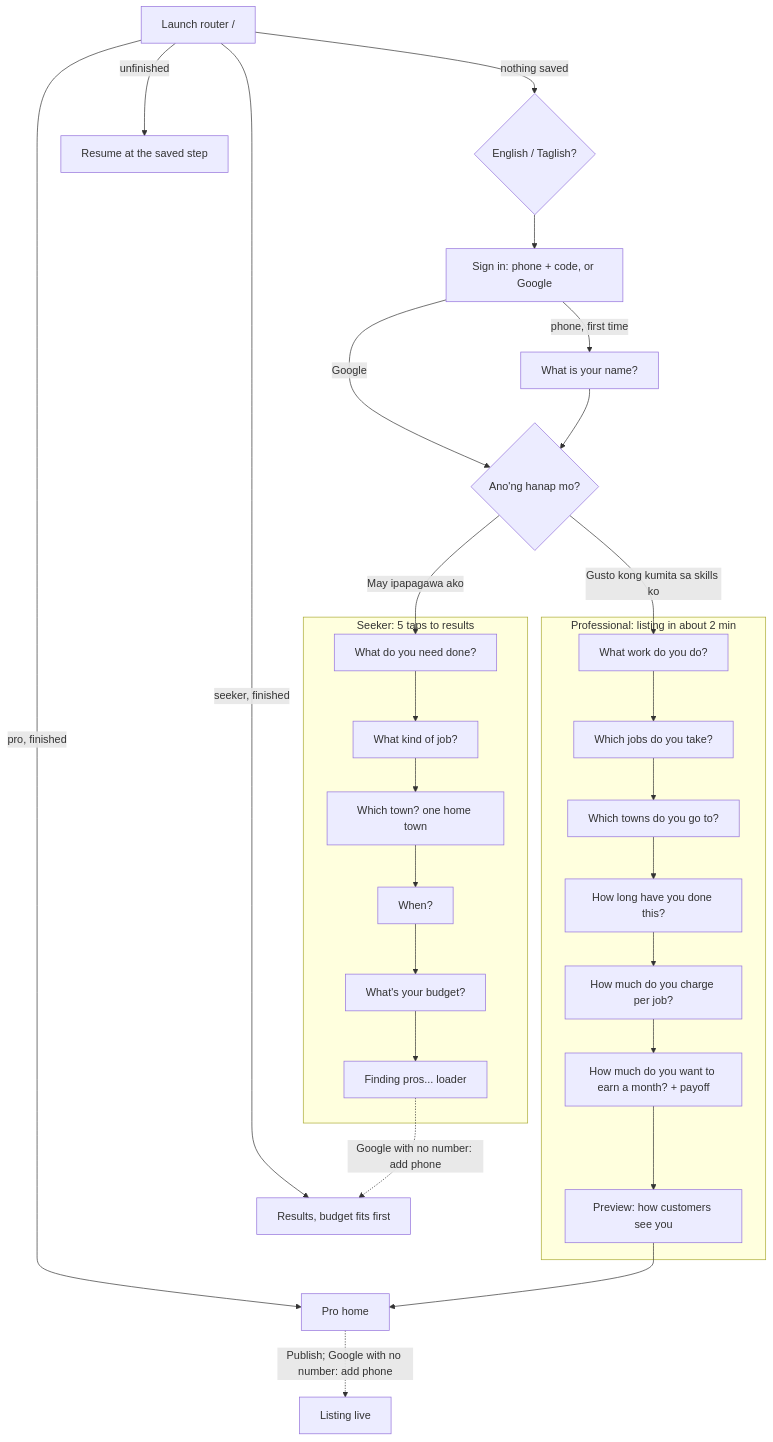
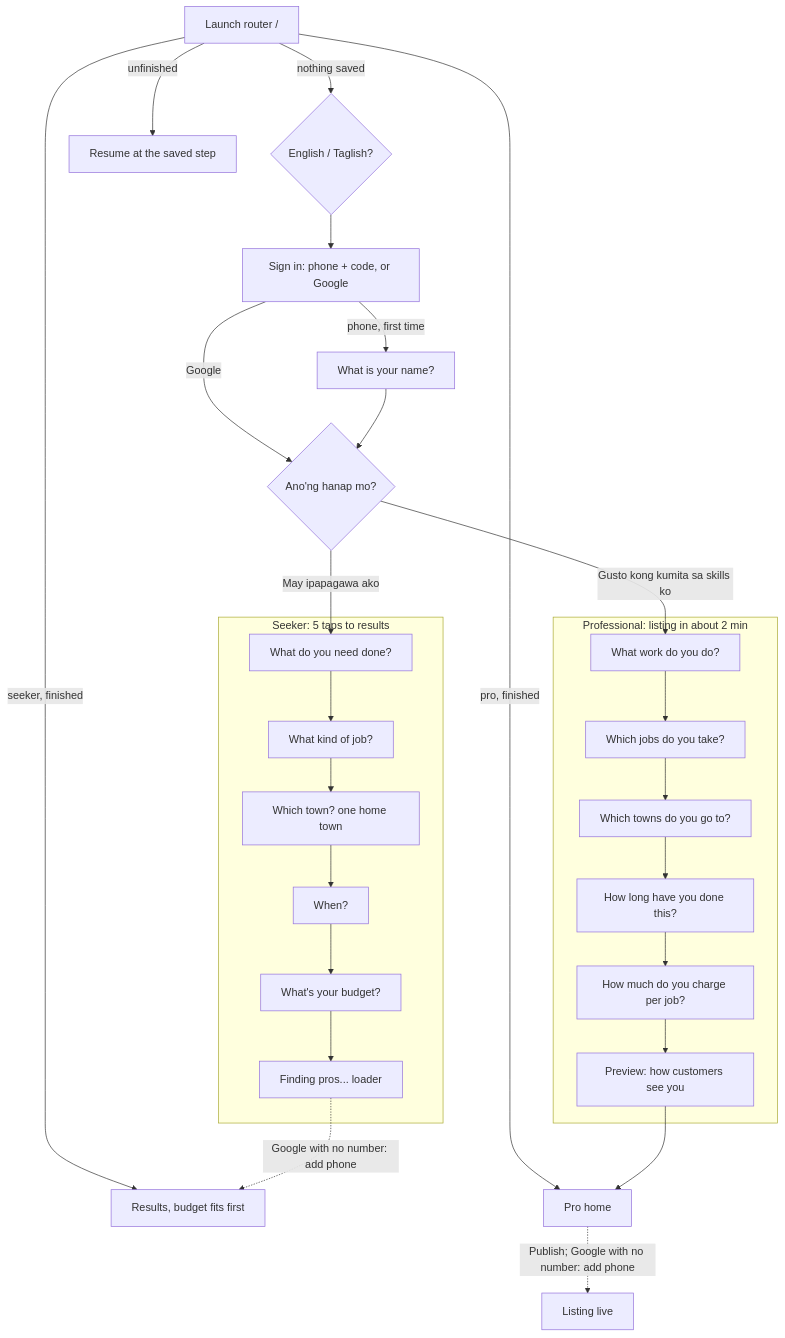
Before and after one commit to gscph/SideGigPhilippines: the diagram in docs/onboarding.md, drawn with Mermaid. The commit also changed other lines of this file and 54 other files, not shown here.

````diff
--- a/docs/onboarding.md
+++ b/docs/onboarding.md
@@ -21,35 +21,34 @@
 ```mermaid
 flowchart TD
     L[Launch router /] -->|nothing saved| LANG{"English / Taglish?"}
     L -->|unfinished| RES[Resume at the saved step]
     L -->|seeker, finished| R
     L -->|pro, finished| PH
 
     LANG --> AUTH[Sign in: phone + code, or Google]
     AUTH -->|phone, first time| NAME[What is your name?]
     AUTH -->|Google| F
     NAME --> F{"Ano'ng hanap mo?"}
     F -->|May ipapagawa ako| S1
     F -->|Gusto kong kumita sa skills ko| P1
 
     subgraph Seeker["Seeker: 5 taps to results"]
       S1[What do you need done?] --> S2[What kind of job?]
       S2 --> S3[Which town? one home town]
       S3 --> S4[When?]
       S4 --> S5[What's your budget?]
       S5 --> LI[Finding pros... loader]
     end
 
     subgraph Pro["Professional: listing in about 2 min"]
       P1[What work do you do?] --> P2[Which jobs do you take?]
       P2 --> P3[Which towns do you go to?]
       P3 --> P4[How long have you done this?]
       P4 --> P5[How much do you charge per job?]
-      P5 --> P6[How much do you want to earn a month? + payoff]
-      P6 --> PV[Preview: how customers see you]
+      P5 --> PV[Preview: how customers see you]
     end
 
     LI -.->|Google with no number: add phone| R[Results, budget fits first]
     PV --> PH[Pro home]
     PH -.->|Publish; Google with no number: add phone| LIVE[Listing live]
 ```
````
